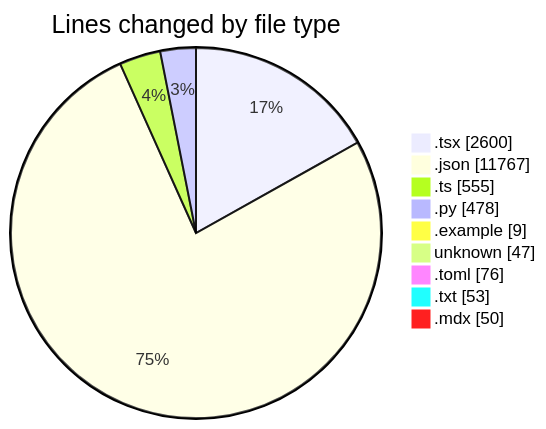
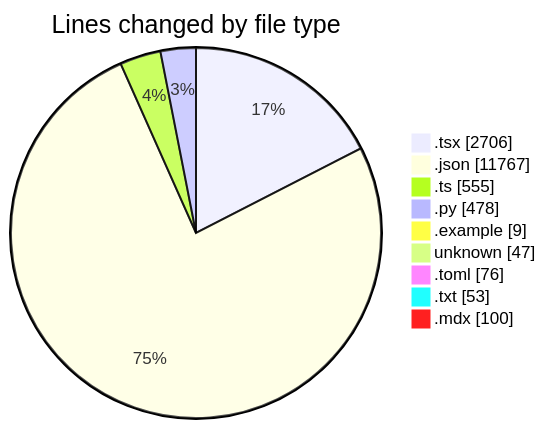
One commit to Elitesun/code-tracking changed the first of 2 diagrams in 2025-04-30/niten/README.md. Above: the diagram before and after it, drawn with Mermaid. The commit also changed other lines of this file and 1 other file, not shown here.

````diff
--- a/2025-04-30/niten/README.md
+++ b/2025-04-30/niten/README.md
@@ -74,13 +75,13 @@
 ```mermaid
 pie showData
 title Lines changed by file type
-".tsx" : 2600
+".tsx" : 2706
 ".json" : 11767
 ".ts" : 555
 ".py" : 478
 ".example" : 9
 "unknown" : 47
 ".toml" : 76
 ".txt" : 53
-".mdx" : 50
+".mdx" : 100
 ```
````
